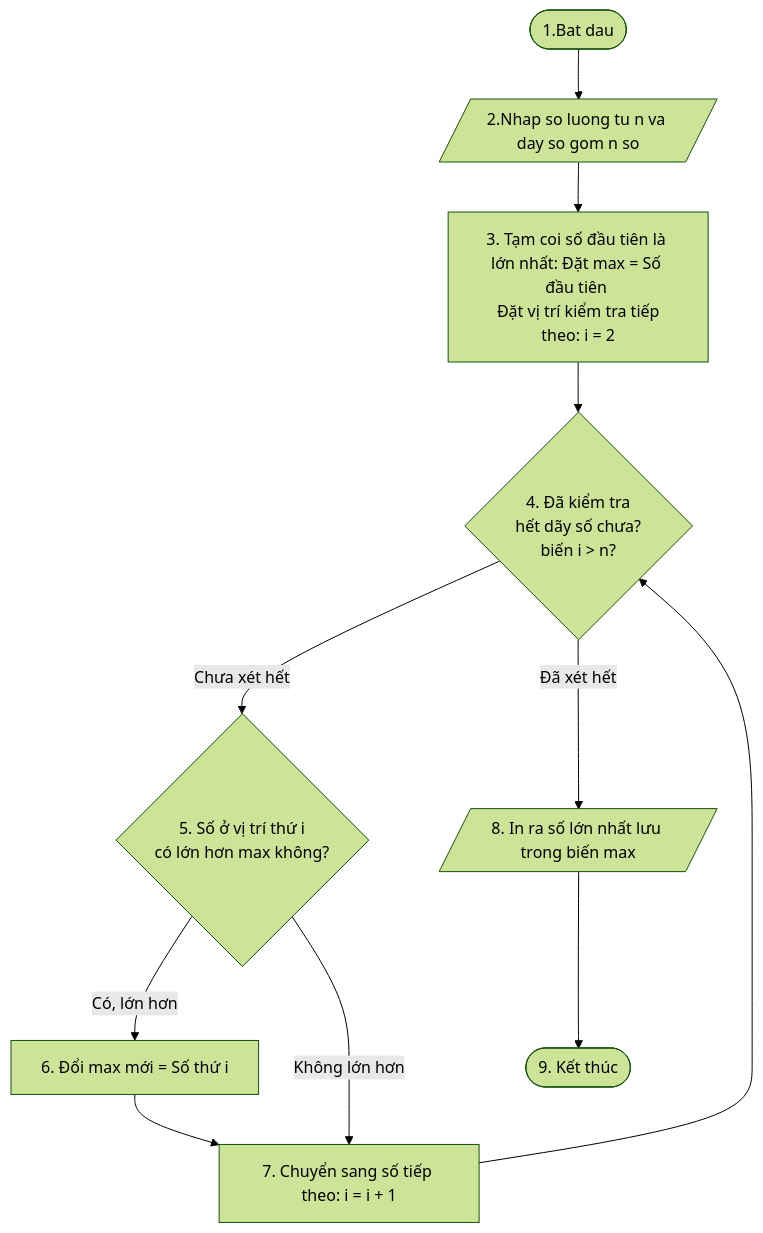
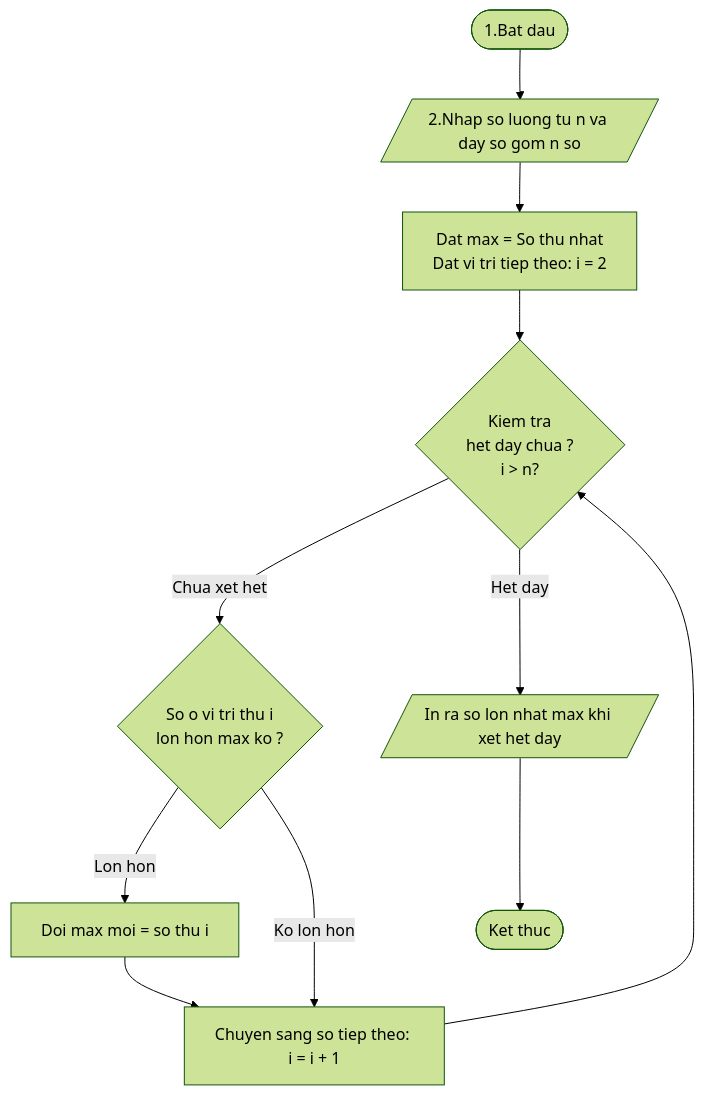
One commit to trang116974-cell/bai-thuc-hanh-01 changed the third of 4 diagrams in README.md. Above: the diagram before and after it, drawn with Mermaid (forest theme). The commit also changed other lines of this file, not shown here.

````diff
--- a/README.md
+++ b/README.md
@@ -51,21 +51,21 @@
 ```mermaid
 graph TD
     Start([1.Bat dau]) --> Nhap[/2.Nhap so luong tu n va day so gom n so /]
     
     %% Bước đặt giả định ban đầu
-    Nhap --> KhoiTao[3. Tạm coi số đầu tiên là lớn nhất: Đặt max = Số đầu tiên <br> Đặt vị trí kiểm tra tiếp theo: i = 2]
+    Nhap --> KhoiTao[ Dat max = So thu nhat <br> Dat vi tri tiep theo: i = 2]
     
-    %% Vòng lặp kiểm tra từng số một
-    KhoiTao --> VongLap{4. Đã kiểm tra <br> hết dãy số chưa? <br> biến i > n?}
+    %% Kiem tra vong lap tung so :
+    KhoiTao --> VongLap{ Kiem tra <br> het day chua ? <br> i > n?}
     
-    VongLap -- Chưa xét hết --> SoSanh{5. Số ở vị trí thứ i <br> có lớn hơn max không?}
+    VongLap -- Chua xet het --> SoSanh{ So o vi tri thu i <br> lon hon max ko ?}
     
-    %% Nhánh cập nhật max mới
-    SoSanh -- Có, lớn hơn --> CapNhat[6. Đổi max mới = Số thứ i] --> TangI[7. Chuyển sang số tiếp theo: i = i + 1]
-    SoSanh -- Không lớn hơn --> TangI
+    %% Cap nhat max moi
+    SoSanh -- Lon hon --> CapNhat[Doi max moi = so thu i] --> TangI[ Chuyen sang so tiep theo: i = i + 1]
+    SoSanh -- Ko lon hon --> TangI
     TangI --> VongLap
     
-    %% Nhánh kết thúc khi đã xem hết các số
-    VongLap -- Đã xét hết --> InKetQua[/8. In ra số lớn nhất lưu trong biến max/]
-    InKetQua --> End([9. Kết thúc])
+    %% Ket thuc khi het day
+    VongLap -- Het day --> InKetQua[/In ra so lon nhat max khi xet het day/]
+    InKetQua --> End([Ket thuc])
 ```
````
